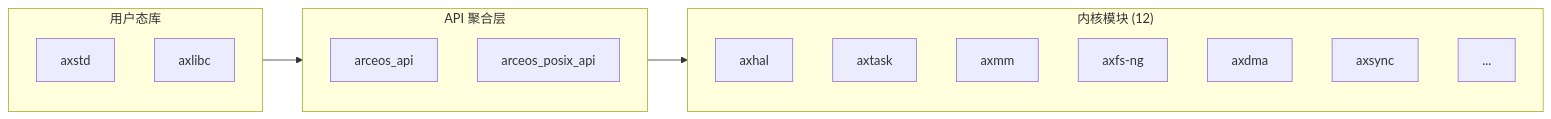
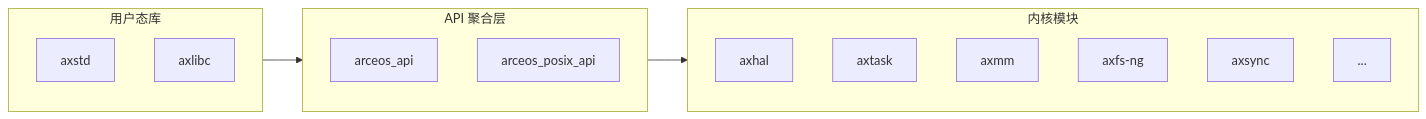
One commit to rcore-os/tgoskits changed the second of 4 diagrams in docs/docs/introduction/overview.md. Above: the diagram before and after it, drawn with Mermaid. The commit also changed other lines of this file and 80 other files, not shown here.

Commit message:
fix(dma-api): retire legacy axdma release paths

````diff
--- a/docs/docs/introduction/overview.md
+++ b/docs/docs/introduction/overview.md
@@ -167,22 +167,21 @@
 ```mermaid
 flowchart LR
     subgraph ulib["用户态库"]
         axstd["axstd"]
         axlibc["axlibc"]
     end
     subgraph api["API 聚合层"]
         arceos_api["arceos_api"]
         posix_api["arceos_posix_api"]
     end
-    subgraph mods["内核模块 (12)"]
+    subgraph mods["内核模块"]
         hal["axhal"]
         task["axtask"]
         mm["axmm"]
         fs["axfs-ng"]
-        dma["axdma"]
         sync["axsync"]
         other["..."]
     end
 
     ulib --> api --> mods
 ```
````
